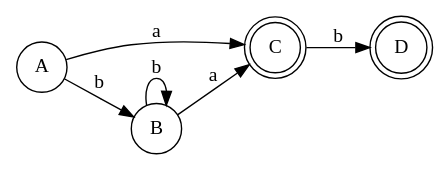
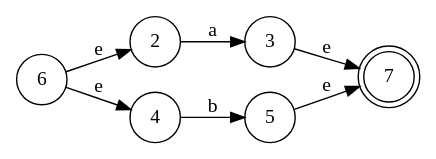
Before and after one commit to bloomfieldfong/Creacion-de-Automatas: the diagram in automata.gv, drawn with Graphviz. The commit also changed 7 other files, not shown here.

```diff
--- a/automata.gv
+++ b/automata.gv
@@ -1,13 +1,12 @@
 digraph finite_state_machine {
 	rankdir=LR size="8,5"
 	node [shape=doublecircle]
-	C
-	C
-	D
+	7
 	node [shape=circle]
-	A -> B [label=b]
-	A -> C [label=a]
-	B -> B [label=b]
-	B -> C [label=a]
-	C -> D [label=b]
+	2 -> 3 [label=a]
+	3 -> 7 [label=e]
+	4 -> 5 [label=b]
+	5 -> 7 [label=e]
+	6 -> 2 [label=e]
+	6 -> 4 [label=e]
 }
```
